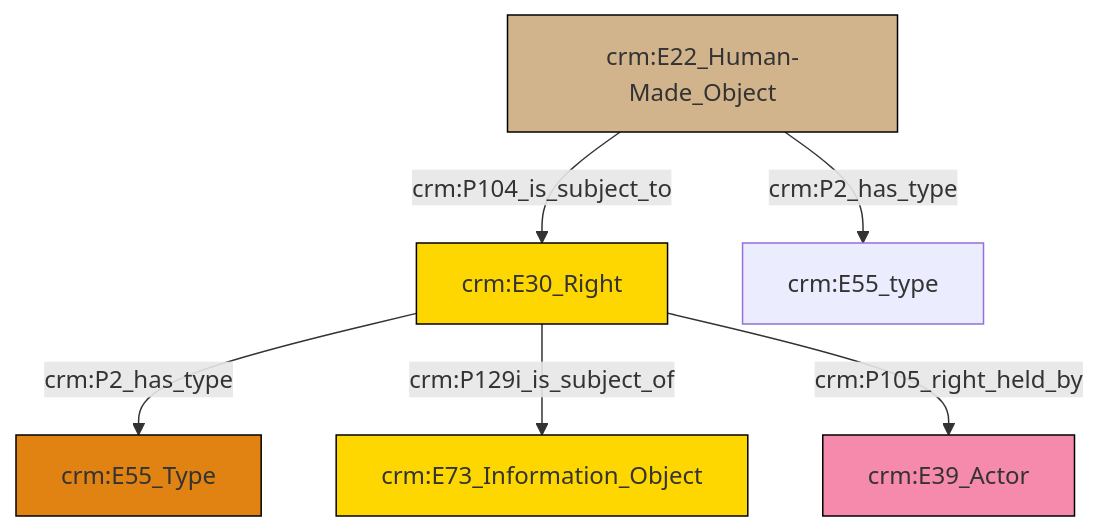
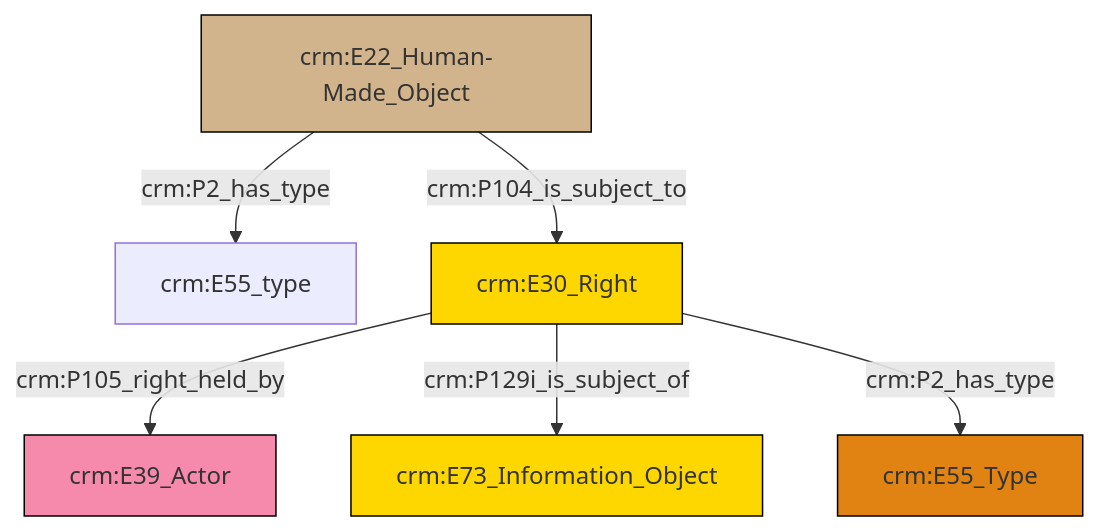
The diagram in et/builtWorkCSV/ttl/mmd/Built_Work_rights.ttl.mmd (swiss-art-research-net/docs.swissartresearch), drawn with Mermaid before and after one commit. The commit also changed 177 other files, not shown here.

```diff
--- a/et/builtWorkCSV/ttl/mmd/Built_Work_rights.ttl.mmd
+++ b/et/builtWorkCSV/ttl/mmd/Built_Work_rights.ttl.mmd
@@ -1,20 +1,20 @@
 graph TD
 classDef Literal fill:#f2f2f2,stroke:#000000;
 classDef CRM_Entity fill:#FFFFFF,stroke:#000000;
 classDef Temporal_Entity fill:#00C9E6, stroke:#000000;
 classDef Type fill:#E18312, stroke:#000000;
 classDef Time-Span fill:#2C9C91, stroke:#000000;
 classDef Appellation fill:#FFEB7F, stroke:#000000;
 classDef Place fill:#008836, stroke:#000000;
 classDef Persistent_Item fill:#B266B2, stroke:#000000;
 classDef Conceptual_Object fill:#FFD700, stroke:#000000;
 classDef Physical_Thing fill:#D2B48C, stroke:#000000;
 classDef Actor fill:#f58aad, stroke:#000000;
 classDef PC_Classes fill:#4ce600, stroke:#000000;
 classDef Multi fill:#cccccc,stroke:#000000;
 
-0["crm:E30_Right"]:::Conceptual_Object -->|crm:P2_has_type| 4["crm:E55_Type"]:::Type
-0["crm:E30_Right"]:::Conceptual_Object -->|crm:P129i_is_subject_of| 5["crm:E73_Information_Object"]:::Conceptual_Object
-0["crm:E30_Right"]:::Conceptual_Object -->|crm:P105_right_held_by| 2["crm:E39_Actor"]:::Actor
-8["crm:E22_Human-Made_Object"]:::Physical_Thing -->|crm:P2_has_type| 6["crm:E55_type"]:::Default
-8["crm:E22_Human-Made_Object"]:::Physical_Thing -->|crm:P104_is_subject_to| 0["crm:E30_Right"]:::Conceptual_Object
+0["crm:E22_Human-Made_Object"]:::Physical_Thing -->|crm:P2_has_type| 1["crm:E55_type"]:::Default
+3["crm:E30_Right"]:::Conceptual_Object -->|crm:P105_right_held_by| 4["crm:E39_Actor"]:::Actor
+3["crm:E30_Right"]:::Conceptual_Object -->|crm:P129i_is_subject_of| 5["crm:E73_Information_Object"]:::Conceptual_Object
+3["crm:E30_Right"]:::Conceptual_Object -->|crm:P2_has_type| 6["crm:E55_Type"]:::Type
+0["crm:E22_Human-Made_Object"]:::Physical_Thing -->|crm:P104_is_subject_to| 3["crm:E30_Right"]:::Conceptual_Object
```
